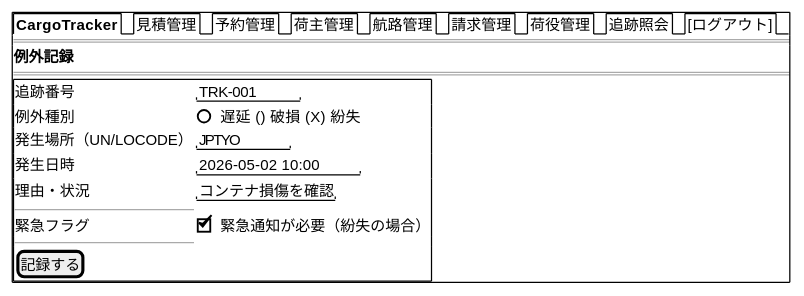
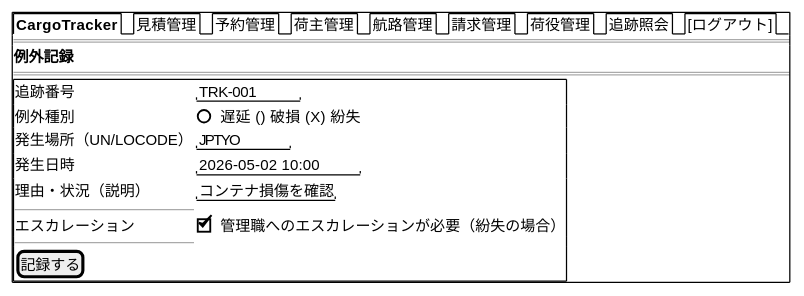
One commit to k2works/case-study-cargo-tracker changed the fourth of 5 diagrams in docs/development/iteration_plan-9.md. Above: the diagram before and after it, drawn with PlantUML. The commit also changed other lines of this file, not shown here.

````diff
--- a/docs/development/iteration_plan-9.md
+++ b/docs/development/iteration_plan-9.md
@@ -243,21 +254,21 @@
 ```plantuml
 @startsalt
 {+
   {/ <b>CargoTracker</b> | 見積管理 | 予約管理 | 荷主管理 | 航路管理 | 請求管理 | 荷役管理 | 追跡照会 | [ログアウト] }
   ==
   <b>例外記録</b>
   ==
   {+
     追跡番号     | "TRK-001   "
     例外種別     | () 遅延  () 破損  (X) 紛失
     発生場所（UN/LOCODE）| "JPTYO    "
     発生日時     | "2026-05-02 10:00"
-    理由・状況   | "コンテナ損傷を確認"
+    理由・状況（説明）| "コンテナ損傷を確認"
     -----
-    緊急フラグ   | [X] 緊急通知が必要（紛失の場合）
+    エスカレーション| [X] 管理職へのエスカレーションが必要（紛失の場合）
     -----
     [記録する]
   }
 }
 @endsalt
 ```
````
